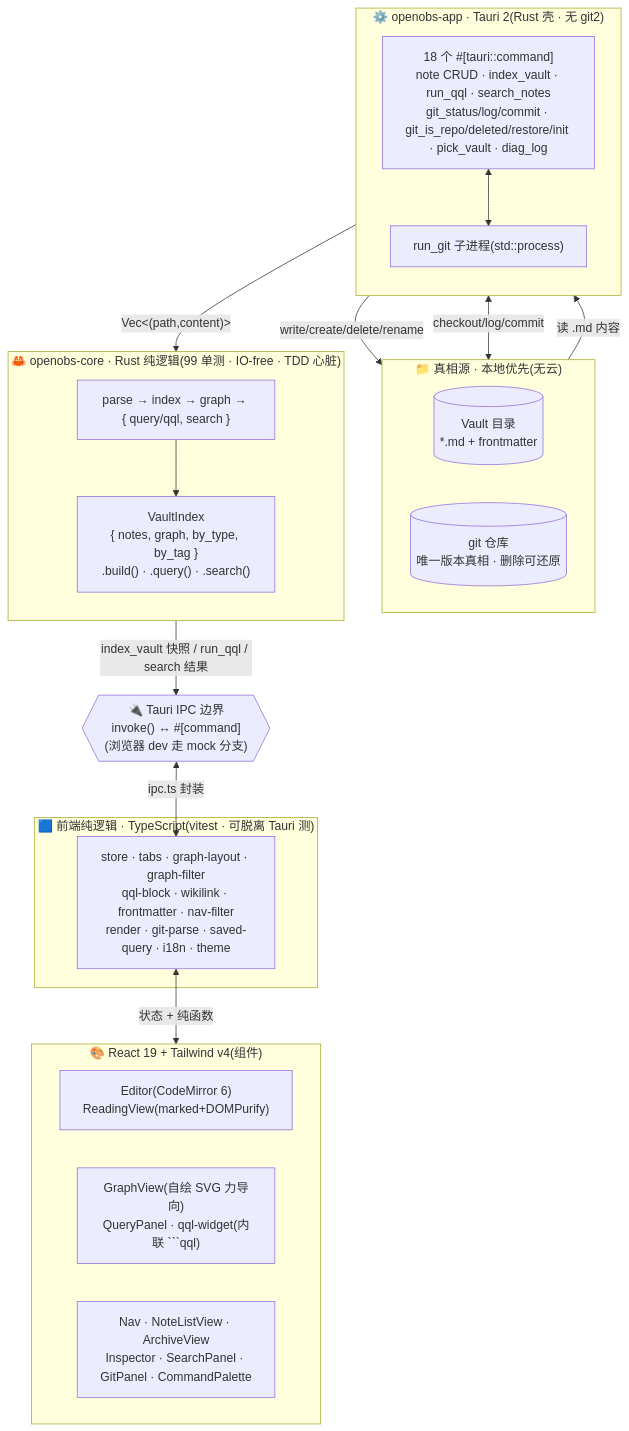
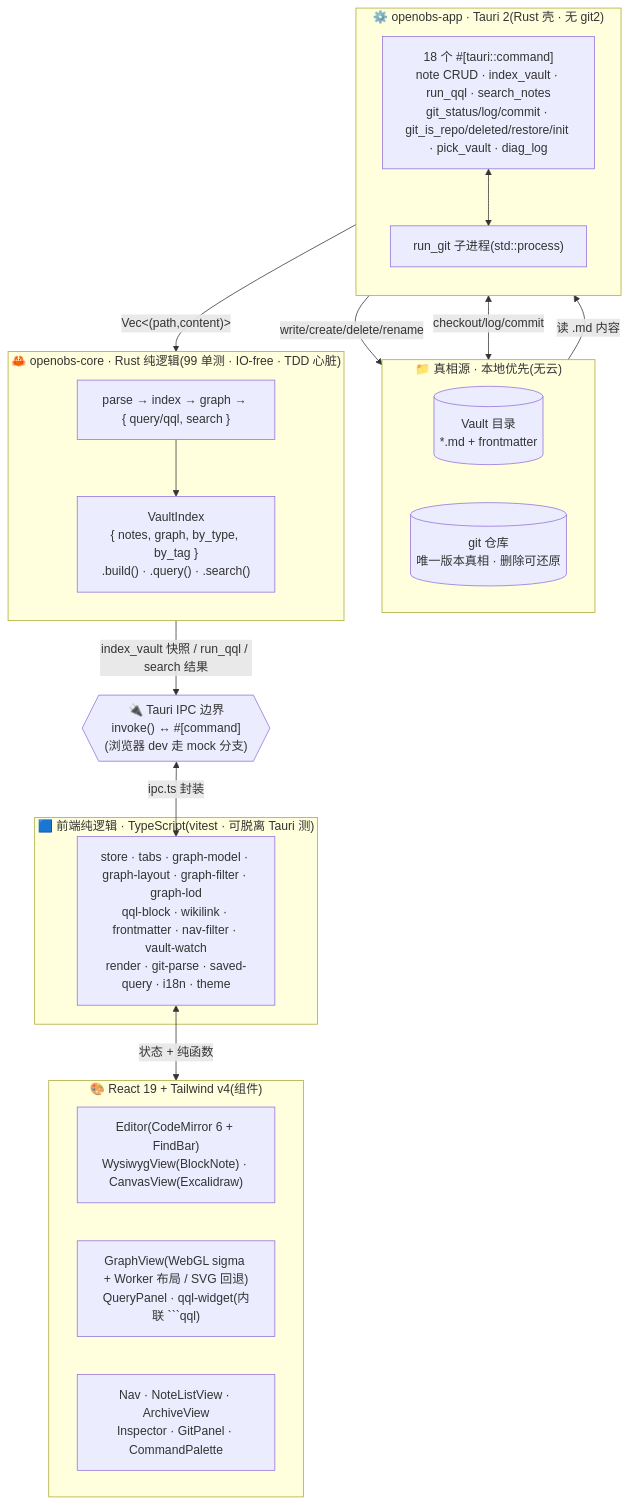
The first of 3 diagrams in docs/07-llm-wiki-architecture.md (rhythm1995/open-llm-wiki), drawn with Mermaid before and after one commit. The commit also changed other lines of this file and 70 other files, not shown here.

First line of the commit message:
feat: live index, Excalidraw canvas, and graph WebGL stack

````diff
--- a/docs/07-llm-wiki-architecture.md
+++ b/docs/07-llm-wiki-architecture.md
@@ -25,44 +25,44 @@
 ```mermaid
 flowchart TD
   subgraph SRC["📁 真相源 · 本地优先(无云)"]
     direction LR
     V[("Vault 目录<br/>*.md + frontmatter")]
     G[("git 仓库<br/>唯一版本真相 · 删除可还原")]
   end
 
   subgraph CORE["🦀 openobs-core · Rust 纯逻辑(99 单测 · IO-free · TDD 心脏)"]
     direction TB
     PIPE["parse → index → graph → { query/qql, search }"]
     VI["VaultIndex<br/>{ notes, graph, by_type, by_tag }<br/>.build() · .query() · .search()"]
     PIPE --> VI
   end
 
   subgraph APP["⚙️ openobs-app · Tauri 2(Rust 壳 · 无 git2)"]
     direction TB
     CMD["18 个 #[tauri::command]<br/>note CRUD · index_vault · run_qql · search_notes<br/>git_status/log/commit · git_is_repo/deleted/restore/init · pick_vault · diag_log"]
     GIT["run_git 子进程(std::process)"]
     CMD <--> GIT
   end
 
   IPC{{"🔌 Tauri IPC 边界<br/>invoke() ↔ #[command]<br/>(浏览器 dev 走 mock 分支)"}}
 
   subgraph TS["🟦 前端纯逻辑 · TypeScript(vitest · 可脱离 Tauri 测)"]
-    LIB["store · tabs · graph-layout · graph-filter<br/>qql-block · wikilink · frontmatter · nav-filter<br/>render · git-parse · saved-query · i18n · theme"]
+    LIB["store · tabs · graph-model · graph-layout · graph-filter · graph-lod<br/>qql-block · wikilink · frontmatter · nav-filter · vault-watch<br/>render · git-parse · saved-query · i18n · theme"]
   end
 
   subgraph REACT["🎨 React 19 + Tailwind v4(组件)"]
     direction LR
-    ED["Editor(CodeMirror 6)<br/>ReadingView(marked+DOMPurify)"]
-    GR["GraphView(自绘 SVG 力导向)<br/>QueryPanel · qql-widget(内联 ```qql)"]
-    NAV["Nav · NoteListView · ArchiveView<br/>Inspector · SearchPanel · GitPanel · CommandPalette"]
+    ED["Editor(CodeMirror 6 + FindBar)<br/>WysiwygView(BlockNote) · CanvasView(Excalidraw)"]
+    GR["GraphView(WebGL sigma + Worker 布局 / SVG 回退)<br/>QueryPanel · qql-widget(内联 ```qql)"]
+    NAV["Nav · NoteListView · ArchiveView<br/>Inspector · GitPanel · CommandPalette"]
   end
 
   %% 主数据流
   V -->|"读 .md 内容"| CMD
   CMD -->|"Vec<(path,content)>"| PIPE
   VI -->|"index_vault 快照 / run_qql / search 结果"| IPC
   CMD -->|"write/create/delete/rename"| V
   GIT <-->|"checkout/log/commit"| G
   IPC <-->|"ipc.ts 封装"| LIB
   LIB <-->|"状态 + 纯函数"| REACT
 ```
````
